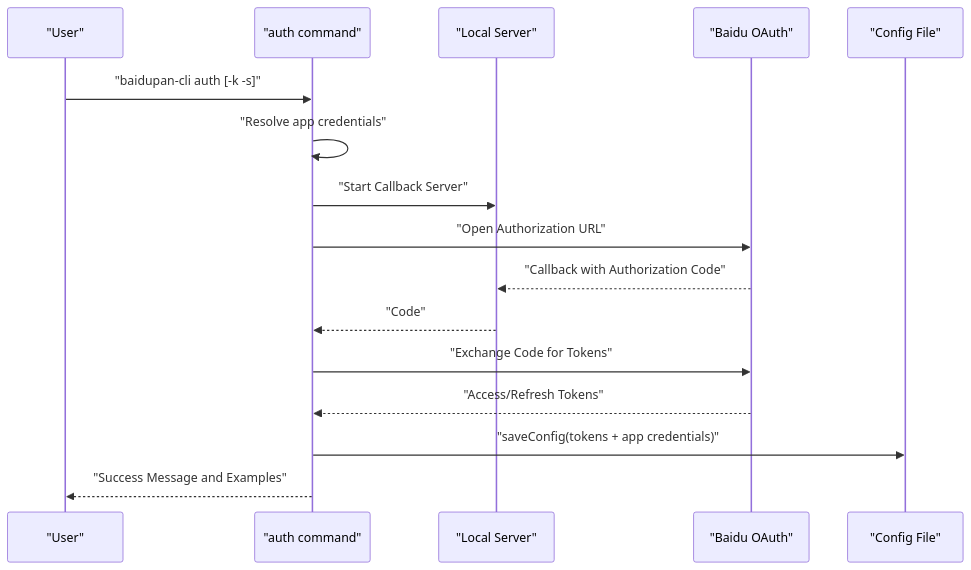
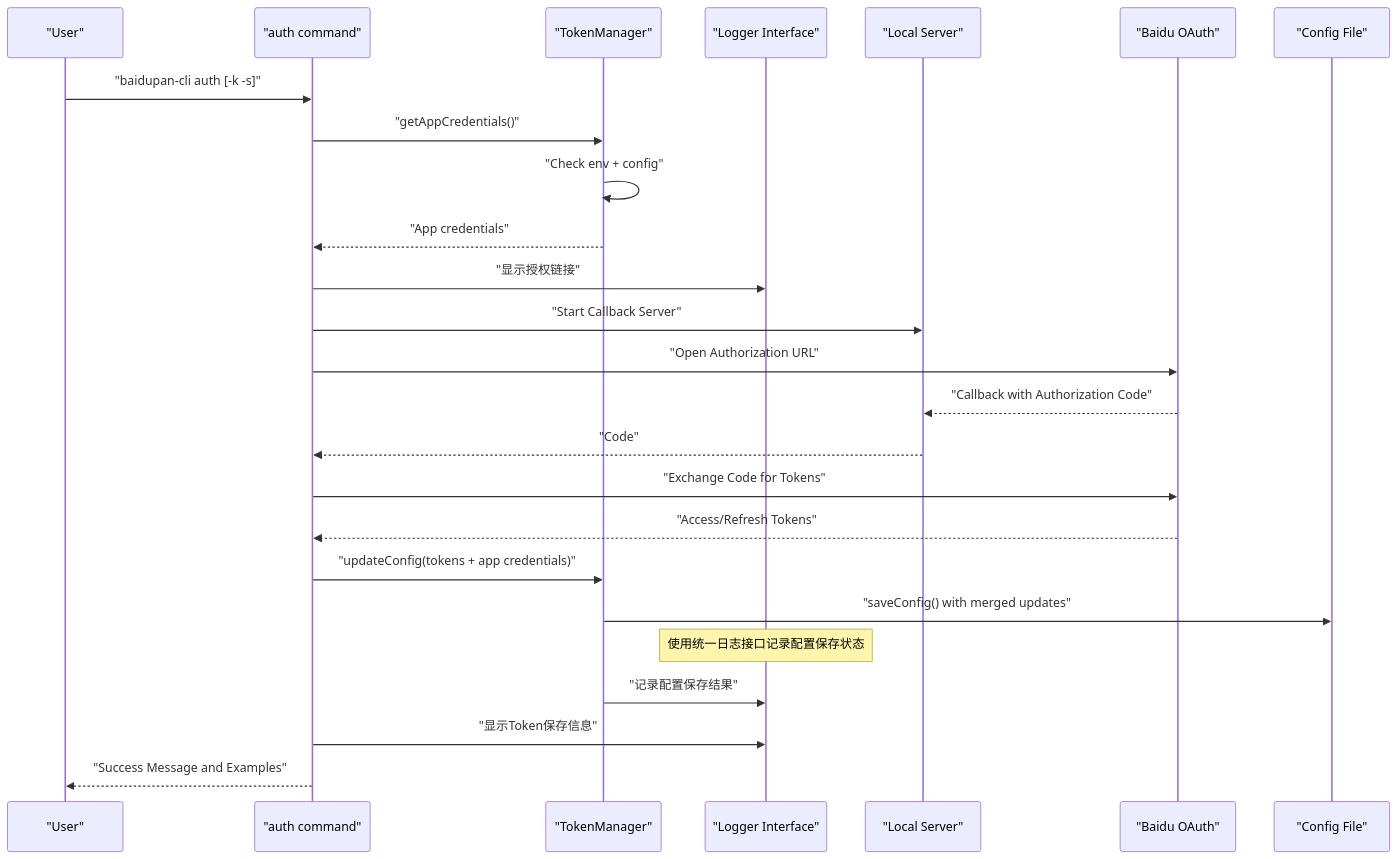
Before and after one commit to yuexiaoliang/baiduwangpan-manager: the seventh of 9 diagrams in .qoder/repowiki/en/content/Configuration Management/Configuration Management.md, drawn with Mermaid. The commit also changed other lines of this file and 30 other files, not shown here.

````diff
--- a/.qoder/repowiki/en/content/Configuration Management/Configuration Management.md
+++ b/.qoder/repowiki/en/content/Configuration Management/Configuration Management.md
@@ -278,18 +409,27 @@
 ```mermaid
 sequenceDiagram
 participant User as "User"
 participant Auth as "auth command"
+participant TokenMgr as "TokenManager"
+participant Logger as "Logger Interface"
 participant Local as "Local Server"
 participant OAuth as "Baidu OAuth"
 participant Cfg as "Config File"
 User->>Auth : "baidupan-cli auth [-k -s]"
-Auth->>Auth : "Resolve app credentials"
+Auth->>TokenMgr : "getAppCredentials()"
+TokenMgr->>TokenMgr : "Check env + config"
+TokenMgr-->>Auth : "App credentials"
+Auth->>Logger : "显示授权链接"
 Auth->>Local : "Start Callback Server"
 Auth->>OAuth : "Open Authorization URL"
 OAuth-->>Local : "Callback with Authorization Code"
 Local-->>Auth : "Code"
 Auth->>OAuth : "Exchange Code for Tokens"
 OAuth-->>Auth : "Access/Refresh Tokens"
-Auth->>Cfg : "saveConfig(tokens + app credentials)"
+Auth->>TokenMgr : "updateConfig(tokens + app credentials)"
+TokenMgr->>Cfg : "saveConfig() with merged updates"
+Note over Logger : 使用统一日志接口记录配置保存状态
+TokenMgr->>Logger : "记录配置保存结果"
+Auth->>Logger : "显示Token保存信息"
 Auth-->>User : "Success Message and Examples"
 ```
````
